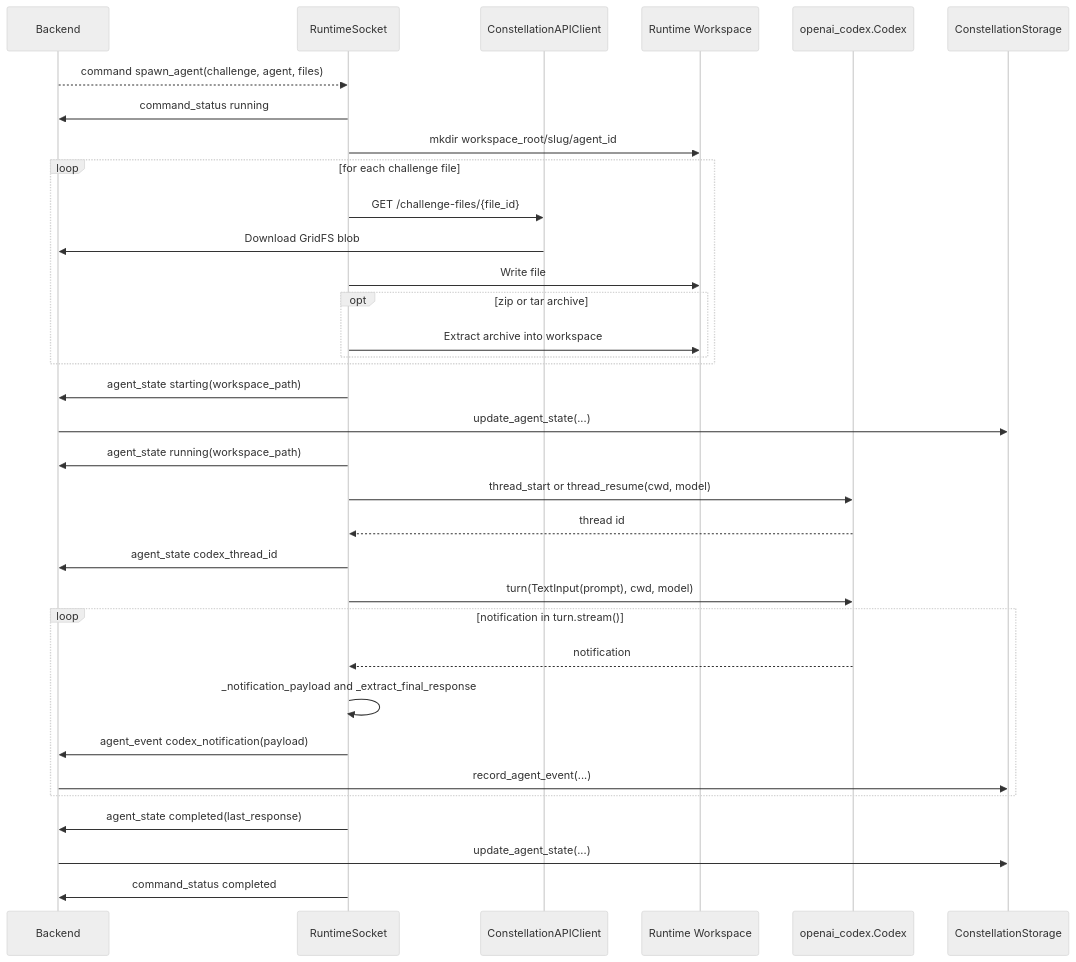
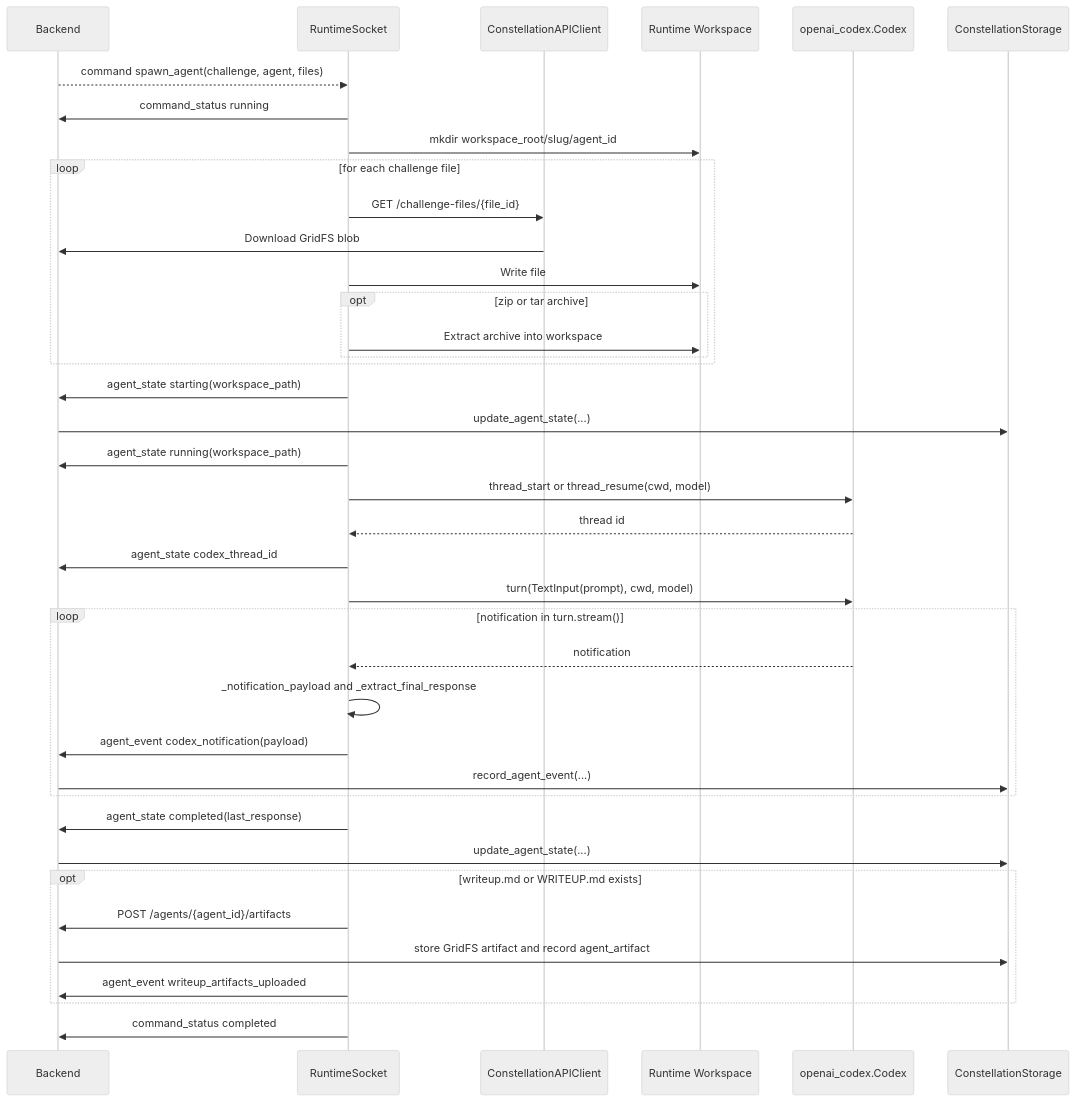
One commit to 02loveslollipop/ctf-toolkit-bootstrap changed diagram 13 of 19 in doc/RUNTIME_DASHBOARD_ARCHITECTURE.md. Above: the diagram before and after it, drawn with Mermaid (neutral theme). The commit also changed other lines of this file and 6 other files, not shown here.

Commit message:
Capture runtime writeup artifacts

````diff
--- a/doc/RUNTIME_DASHBOARD_ARCHITECTURE.md
+++ b/doc/RUNTIME_DASHBOARD_ARCHITECTURE.md
@@ -564,37 +594,42 @@
 ```mermaid
 sequenceDiagram
     participant Backend as Backend
     participant Runtime as RuntimeSocket
     participant Client as ConstellationAPIClient
     participant FS as Runtime Workspace
     participant SDK as openai_codex.Codex
     participant Store as ConstellationStorage
 
     Backend-->>Runtime: command spawn_agent(challenge, agent, files)
     Runtime->>Backend: command_status running
     Runtime->>FS: mkdir workspace_root/slug/agent_id
     loop for each challenge file
         Runtime->>Client: GET /challenge-files/{file_id}
         Client->>Backend: Download GridFS blob
         Runtime->>FS: Write file
         opt zip or tar archive
             Runtime->>FS: Extract archive into workspace
         end
     end
     Runtime->>Backend: agent_state starting(workspace_path)
     Backend->>Store: update_agent_state(...)
     Runtime->>Backend: agent_state running(workspace_path)
     Runtime->>SDK: thread_start or thread_resume(cwd, model)
     SDK-->>Runtime: thread id
     Runtime->>Backend: agent_state codex_thread_id
     Runtime->>SDK: turn(TextInput(prompt), cwd, model)
     loop notification in turn.stream()
         SDK-->>Runtime: notification
         Runtime->>Runtime: _notification_payload and _extract_final_response
         Runtime->>Backend: agent_event codex_notification(payload)
         Backend->>Store: record_agent_event(...)
     end
     Runtime->>Backend: agent_state completed(last_response)
     Backend->>Store: update_agent_state(...)
+    opt writeup.md or WRITEUP.md exists
+        Runtime->>Backend: POST /agents/{agent_id}/artifacts
+        Backend->>Store: store GridFS artifact and record agent_artifact
+        Runtime->>Backend: agent_event writeup_artifacts_uploaded
+    end
     Runtime->>Backend: command_status completed
 ```
````
